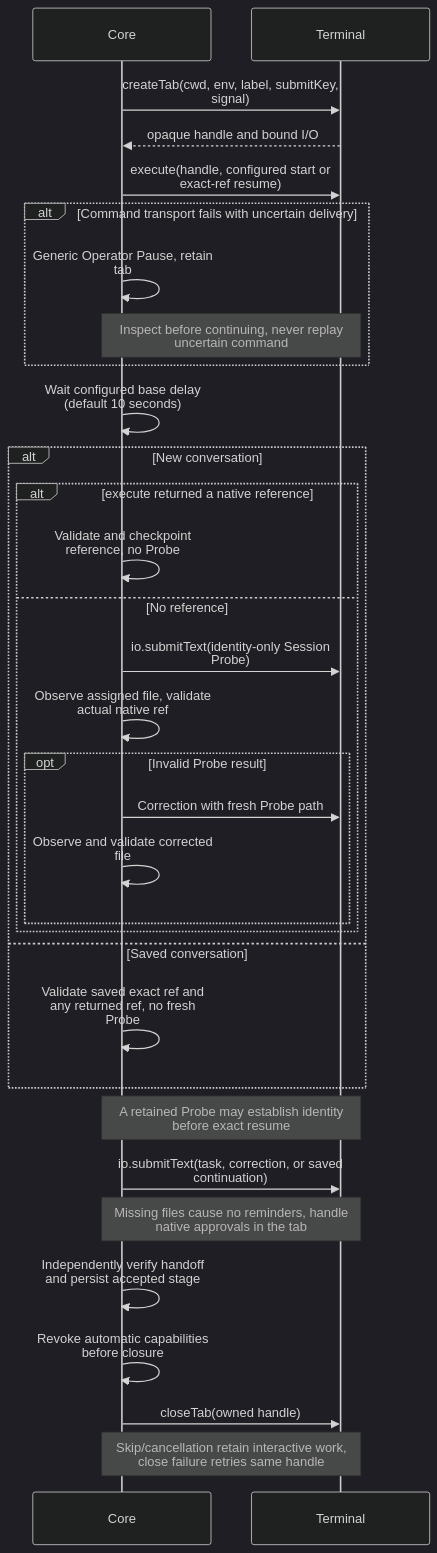
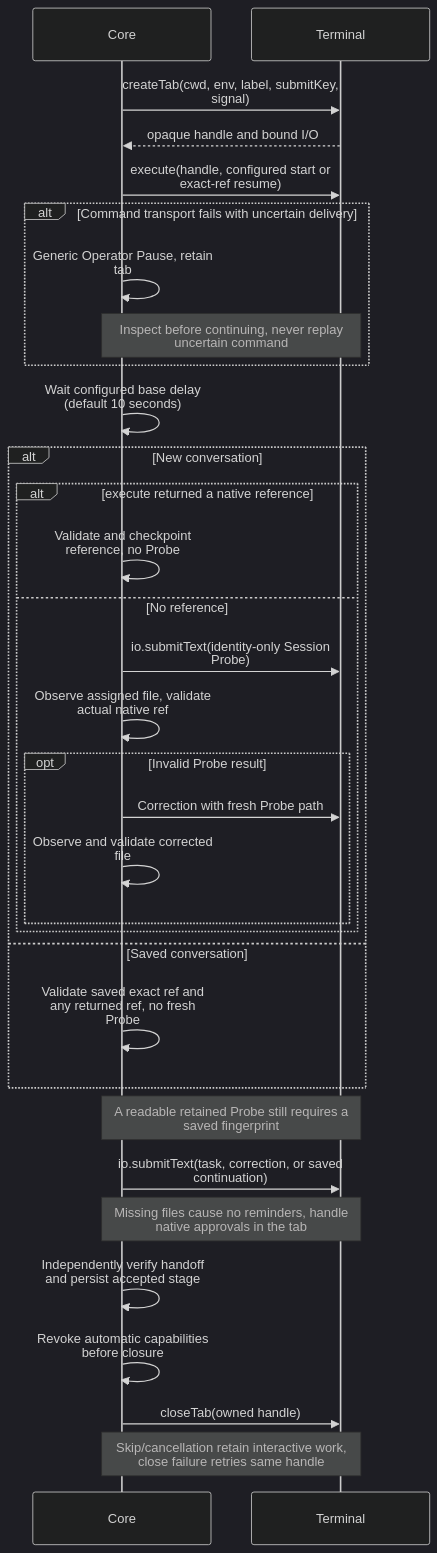
Before and after one commit to BuddyLabsCo/issue-runner-core: the second of 6 diagrams in docs/terminal-contract.md, drawn with Mermaid (dark theme). The commit also changed 9 other files, not shown here.

````diff
--- a/docs/terminal-contract.md
+++ b/docs/terminal-contract.md
@@ -203,35 +203,35 @@
 ```mermaid
 %%{init: {"sequence": {"width": 220, "wrap": true}}}%%
 sequenceDiagram
     participant Core
     participant Terminal
     Core->>Terminal: createTab(cwd, env, label, submitKey, signal)
     Terminal-->>Core: opaque handle and bound I/O
     Core->>Terminal: execute(handle, configured start or exact-ref resume)
     alt Command transport fails with uncertain delivery
         Core->>Core: Generic Operator Pause, retain tab
         Note over Core,Terminal: Inspect before continuing, never replay uncertain command
     end
     Core->>Core: Wait configured base delay (default 10 seconds)
     alt New conversation
         alt execute returned a native reference
             Core->>Core: Validate and checkpoint reference, no Probe
         else No reference
             Core->>Terminal: io.submitText(identity-only Session Probe)
             Core->>Core: Observe assigned file, validate actual native ref
             opt Invalid Probe result
                 Core->>Terminal: Correction with fresh Probe path
                 Core->>Core: Observe and validate corrected file
             end
         end
     else Saved conversation
         Core->>Core: Validate saved exact ref and any returned ref, no fresh Probe
     end
-    Note over Core,Terminal: A retained Probe may establish identity before exact resume
+    Note over Core,Terminal: A readable retained Probe still requires a saved fingerprint
     Core->>Terminal: io.submitText(task, correction, or saved continuation)
     Note over Core,Terminal: Missing files cause no reminders, handle native approvals in the tab
     Core->>Core: Independently verify handoff and persist accepted stage
     Core->>Core: Revoke automatic capabilities before closure
     Core->>Terminal: closeTab(owned handle)
     Note over Core,Terminal: Skip/cancellation retain interactive work, close failure retries same handle
 ```
````
